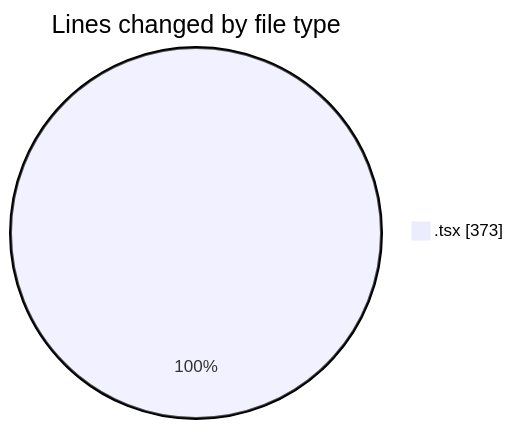
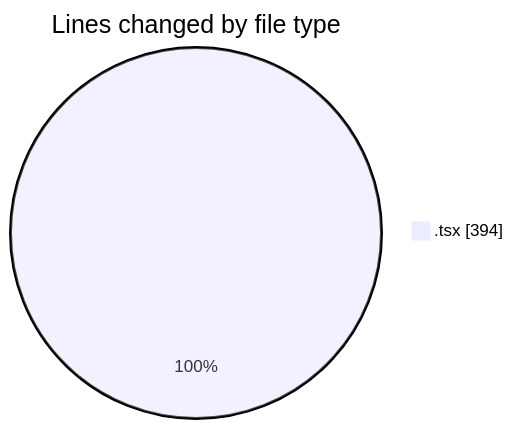
The first of 2 diagrams in 2025-03-10/portofolio/README.md (donsfak/code-tracking), drawn with Mermaid before and after one commit. The commit also changed other lines of this file and 1 other file, not shown here.

````diff
--- a/2025-03-10/portofolio/README.md
+++ b/2025-03-10/portofolio/README.md
@@ -20,5 +20,5 @@
 ```mermaid
 pie showData
 title Lines changed by file type
-".tsx" : 373
+".tsx" : 394
 ```
````
